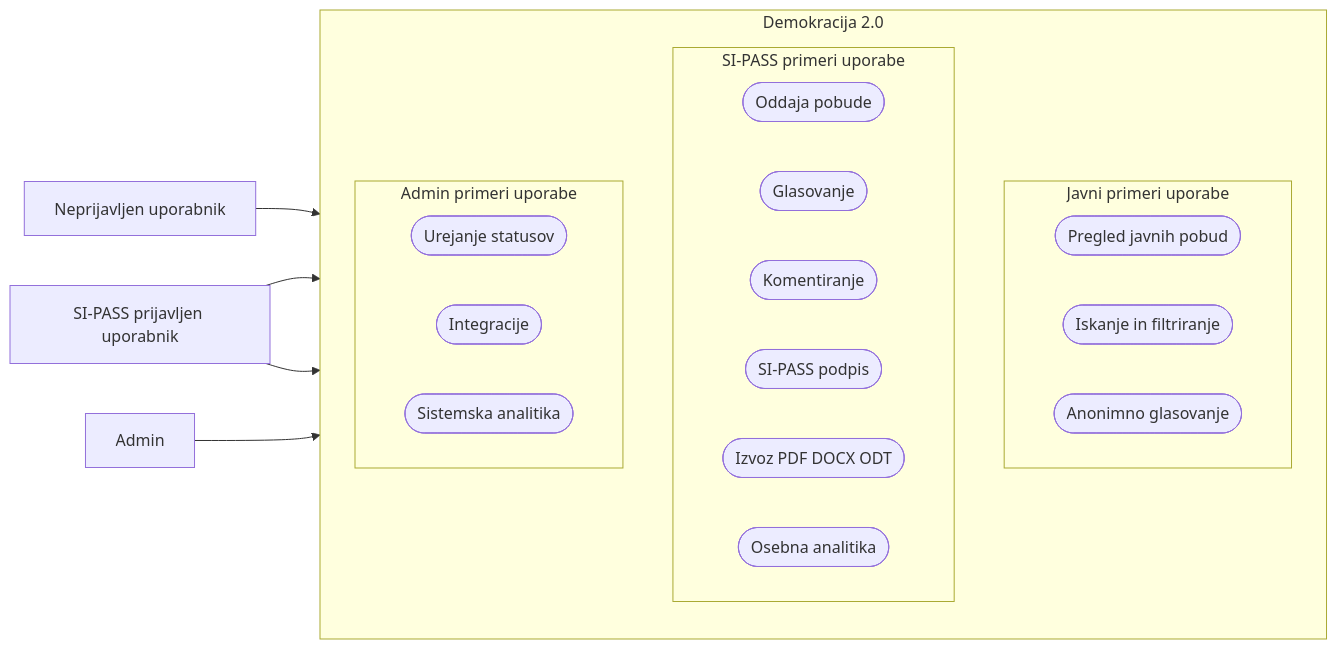
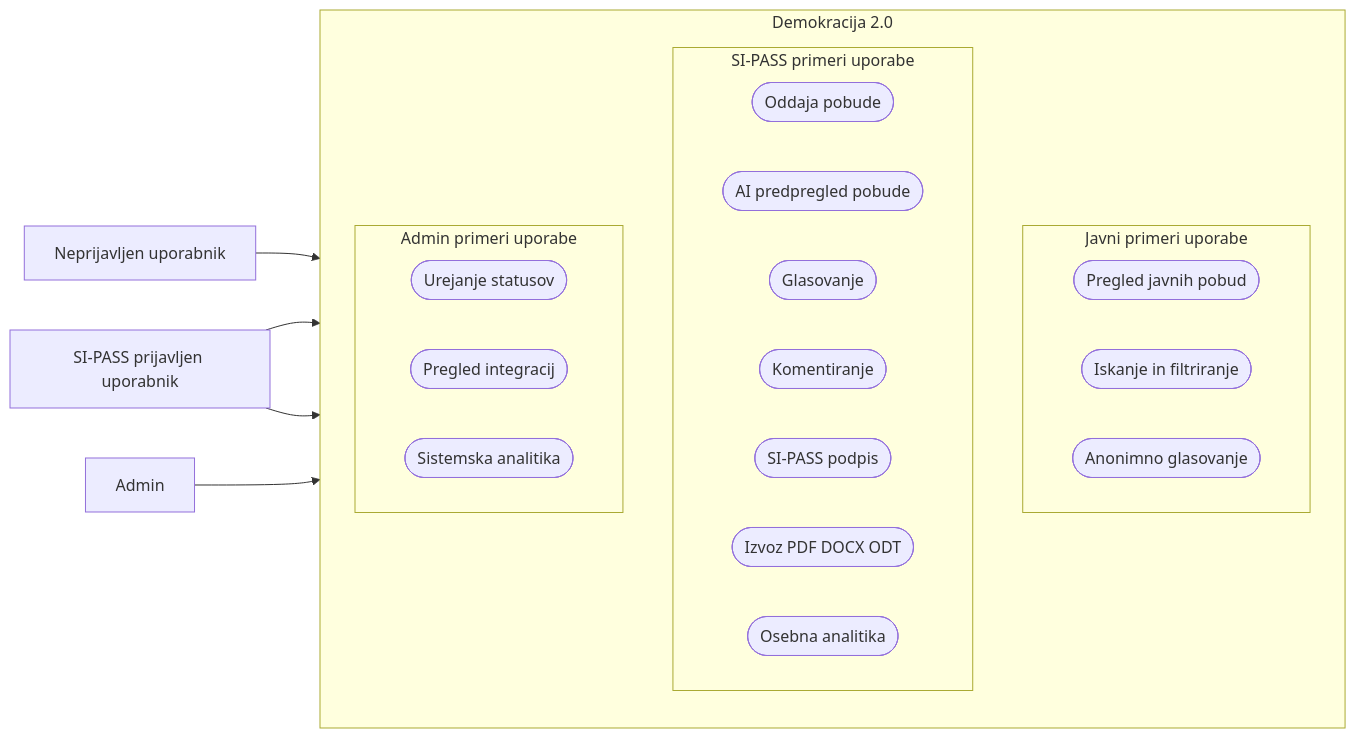
One commit to grisini/Demos changed the first of 6 diagrams in docs/diagrams.md. Above: the diagram before and after it, drawn with Mermaid. The commit also changed other lines of this file and 5 other files, not shown here.

````diff
--- a/docs/diagrams.md
+++ b/docs/diagrams.md
@@ -7,39 +7,40 @@
 ```mermaid
 flowchart LR
   Anonymous[Neprijavljen uporabnik]
   Sipass[SI-PASS prijavljen uporabnik]
   Admin[Admin]
 
   subgraph App[Demokracija 2.0]
     direction TB
 
     subgraph PublicCases[Javni primeri uporabe]
       direction LR
       PublicList([Pregled javnih pobud])
       Search([Iskanje in filtriranje])
       AnonymousVote([Anonimno glasovanje])
     end
 
     subgraph SipassCases[SI-PASS primeri uporabe]
       direction LR
       Submit([Oddaja pobude])
+      AiReview([AI predpregled pobude])
       Vote([Glasovanje])
       Comment([Komentiranje])
       SipassSign([SI-PASS podpis])
       ExportDocs([Izvoz PDF DOCX ODT])
       UserAnalytics([Osebna analitika])
     end
 
     subgraph AdminCases[Admin primeri uporabe]
       direction LR
       StatusAdmin([Urejanje statusov])
-      Integrations([Integracije])
+      Integrations([Pregled integracij])
       SystemAnalytics([Sistemska analitika])
     end
   end
 
   Anonymous --> PublicCases
   Sipass --> PublicCases
   Sipass --> SipassCases
   Admin --> AdminCases
 ```
````
